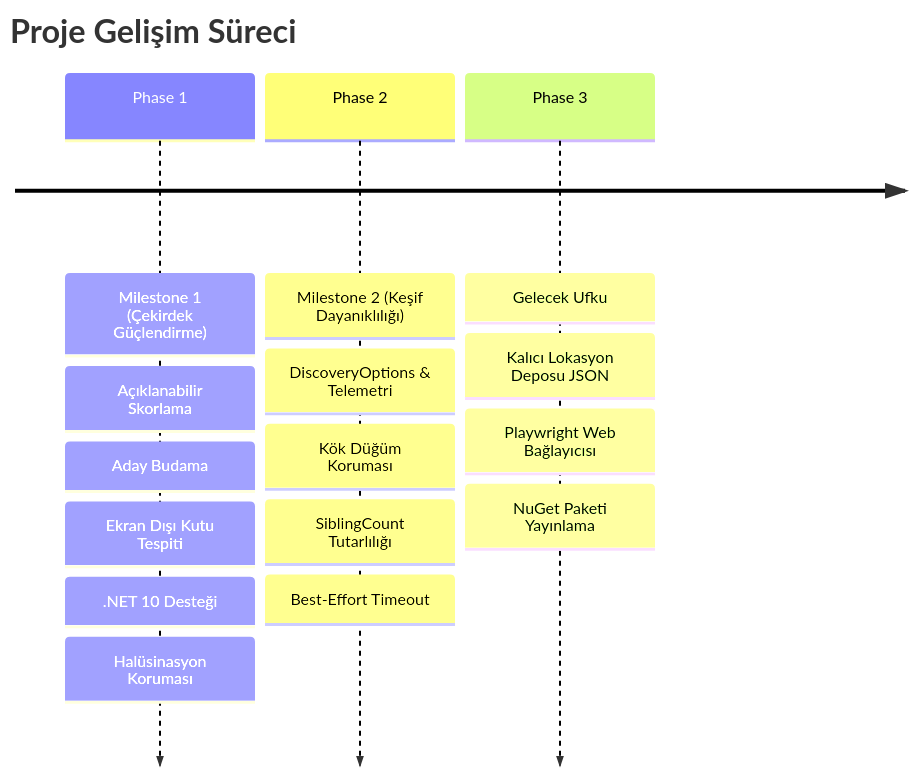
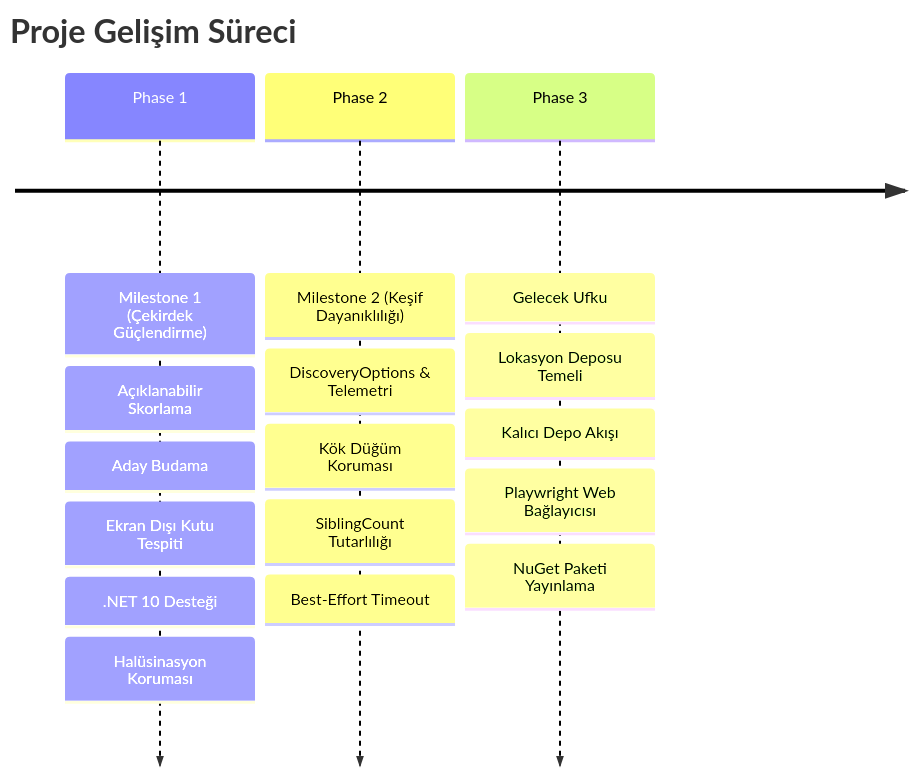
Before and after one commit to mustafasercansak/automation-sandbox: the fourth of 6 diagrams in PROJECT_SHOWCASE.md, drawn with Mermaid. The commit also changed other lines of this file and 8 other files, not shown here.

````diff
--- a/PROJECT_SHOWCASE.md
+++ b/PROJECT_SHOWCASE.md
@@ -213,7 +213,7 @@
 ```mermaid
 timeline
     title Proje Gelişim Süreci
     Phase 1 : Milestone 1 (Çekirdek Güçlendirme) : Açıklanabilir Skorlama : Aday Budama : Ekran Dışı Kutu Tespiti : .NET 10 Desteği : Halüsinasyon Koruması
     Phase 2 : Milestone 2 (Keşif Dayanıklılığı) : DiscoveryOptions & Telemetri : Kök Düğüm Koruması : SiblingCount Tutarlılığı : Best-Effort Timeout
-    Phase 3 : Gelecek Ufku : Kalıcı Lokasyon Deposu JSON : Playwright Web Bağlayıcısı : NuGet Paketi Yayınlama
+    Phase 3 : Gelecek Ufku : Lokasyon Deposu Temeli : Kalıcı Depo Akışı : Playwright Web Bağlayıcısı : NuGet Paketi Yayınlama
 ```
````
